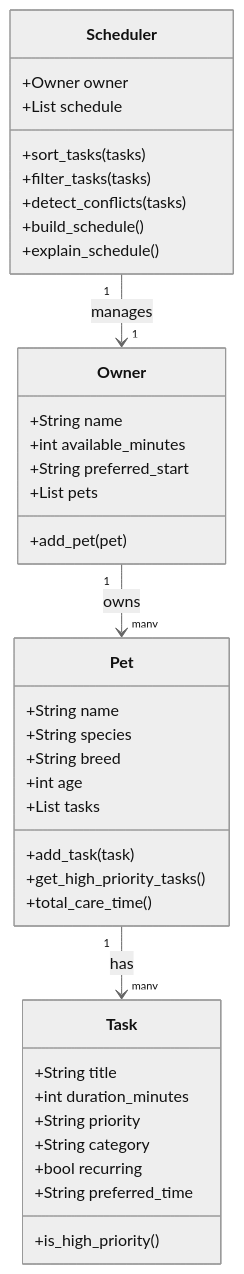
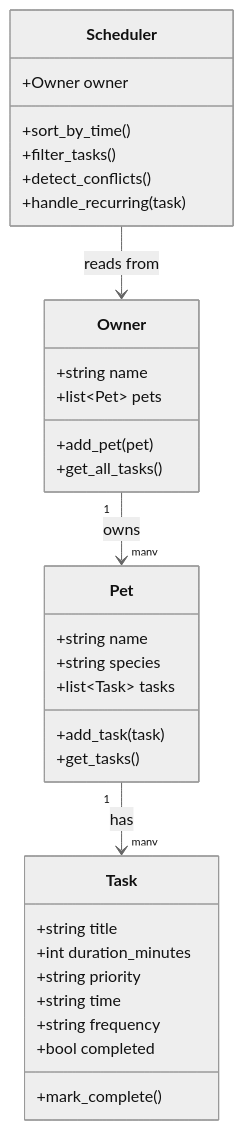
Before and after one commit to kbthepioneer/ai110-module2show-pawpal-starter: the diagram in diagrams/uml.mmd, drawn with Mermaid (neutral theme). The commit also changed 1 other file, not shown here.

Commit message:
docs: add UML diagram and design reflection

```diff
--- a/diagrams/uml.mmd
+++ b/diagrams/uml.mmd
@@ -1,43 +1,33 @@
 classDiagram
     class Owner {
-        +String name
-        +int available_minutes
-        +String preferred_start
-        +List pets
+        +string name
+        +list~Pet~ pets
         +add_pet(pet)
+        +get_all_tasks()
     }
-
     class Pet {
-        +String name
-        +String species
-        +String breed
-        +int age
-        +List tasks
+        +string name
+        +string species
+        +list~Task~ tasks
         +add_task(task)
-        +get_high_priority_tasks()
-        +total_care_time()
+        +get_tasks()
     }
-
     class Task {
-        +String title
+        +string title
         +int duration_minutes
-        +String priority
-        +String category
-        +bool recurring
-        +String preferred_time
-        +is_high_priority()
+        +string priority
+        +string time
+        +string frequency
+        +bool completed
+        +mark_complete()
     }
-
     class Scheduler {
         +Owner owner
-        +List schedule
-        +sort_tasks(tasks)
-        +filter_tasks(tasks)
-        +detect_conflicts(tasks)
-        +build_schedule()
-        +explain_schedule()
+        +sort_by_time()
+        +filter_tasks()
+        +detect_conflicts()
+        +handle_recurring(task)
     }
-
     Owner "1" --> "many" Pet : owns
     Pet "1" --> "many" Task : has
-    Scheduler "1" --> "1" Owner : manages
+    Scheduler --> Owner : reads from
```
